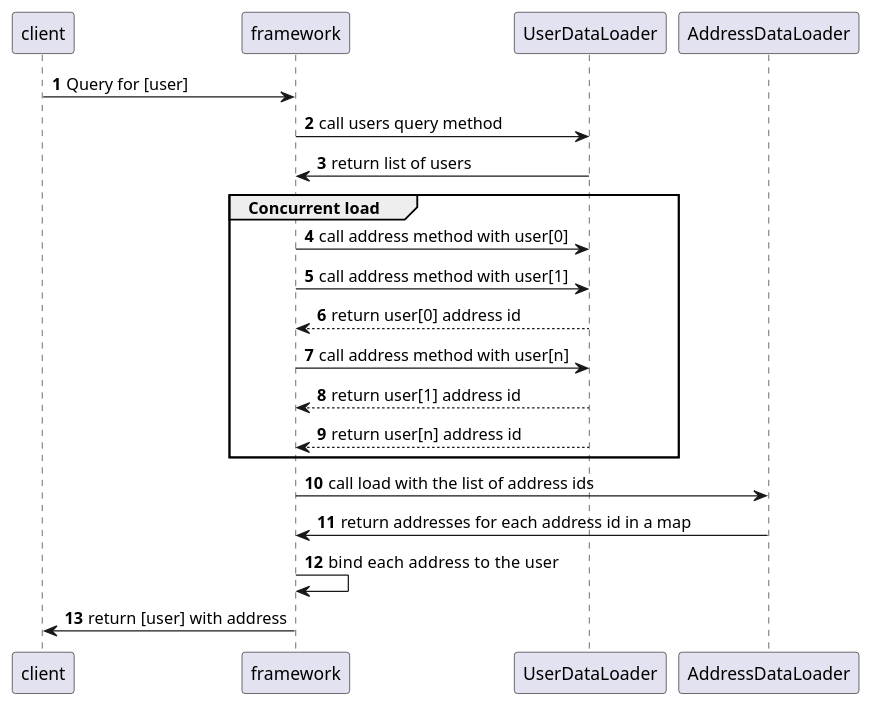
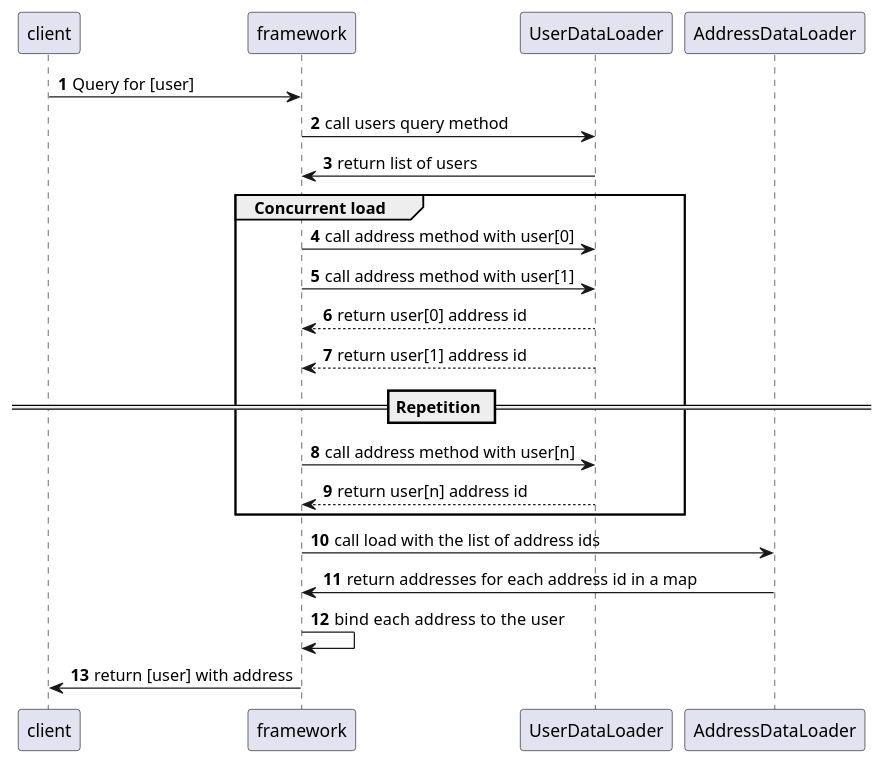
The diagram in diagram/dataloader.puml (zlaval/spring-dgs-course), drawn with PlantUML before and after one commit. The commit also changed 2 other files, not shown here.

Commit message:
feat: diagrams

```diff
--- a/diagram/dataloader.puml
+++ b/diagram/dataloader.puml
@@ -1,25 +1,26 @@
 @startuml
 'https://plantuml.com/sequence-diagram
 
 autonumber
 
 client -> framework: Query for [user]
 framework -> UserDataLoader: call users query method
 UserDataLoader -> framework: return list of users
 
 group Concurrent load
 framework -> UserDataLoader: call address method with user[0]
 framework -> UserDataLoader: call address method with user[1]
 UserDataLoader --> framework: return user[0] address id
+UserDataLoader --> framework: return user[1] address id
+== Repetition ==
 framework -> UserDataLoader: call address method with user[n]
-UserDataLoader --> framework: return user[1] address id
 UserDataLoader --> framework: return user[n] address id
 end
 framework -> AddressDataLoader: call load with the list of address ids
 AddressDataLoader -> framework: return addresses for each address id in a map
 
 framework -> framework: bind each  address to the user
 
 framework -> client: return [user] with address
 
 @enduml
```
